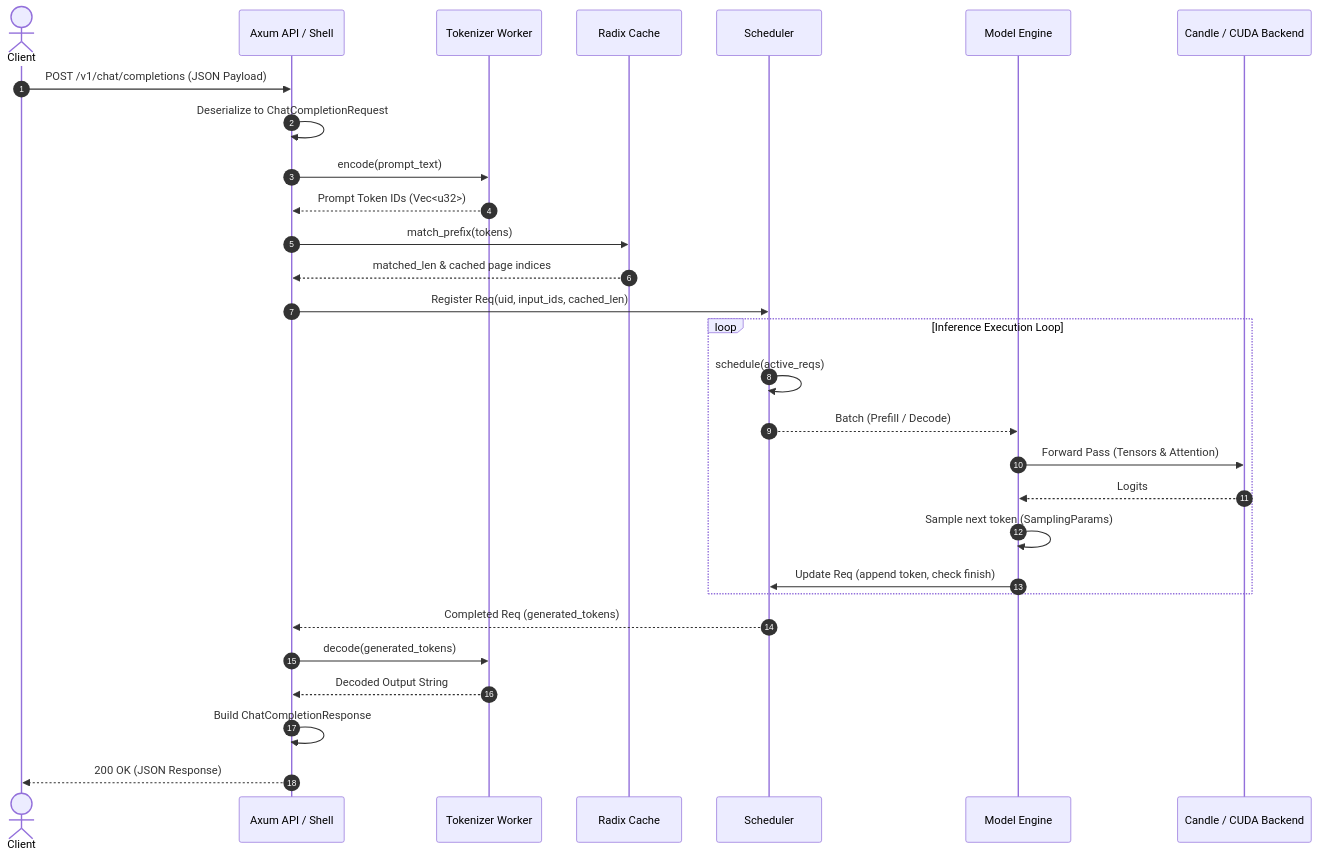
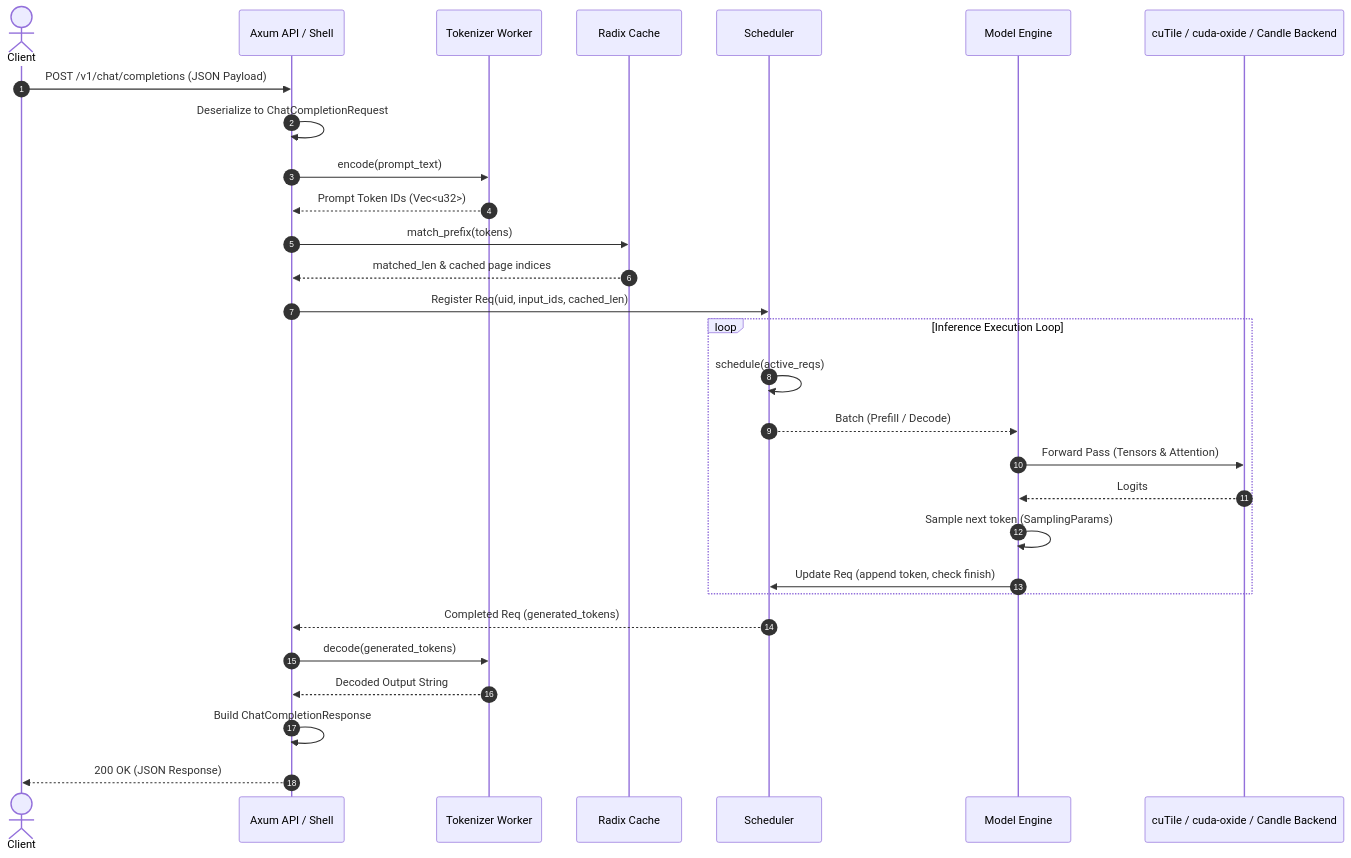
Before and after one commit to Ammar-Alnagar/mini-sglang-rs: the second of 4 diagrams in README.md, drawn with Mermaid. The commit also changed other lines of this file and 29 other files, not shown here.

First line of the commit message:
Integrate cutile and cuda-oxide inference kernels with cudarc and Candle fallbacks (#3)

````diff
--- a/README.md
+++ b/README.md
@@ -60,34 +76,34 @@
 ```mermaid
 sequenceDiagram
     autonumber
     actor Client
     participant Axum as Axum API / Shell
     participant Tokenizer as Tokenizer Worker
     participant Cache as Radix Cache
     participant Scheduler as Scheduler
     participant Engine as Model Engine
-    participant CUDA as Candle / CUDA Backend
+    participant CUDA as cuTile / cuda-oxide / Candle Backend
 
     Client->>Axum: POST /v1/chat/completions (JSON Payload)
     Axum->>Axum: Deserialize to ChatCompletionRequest
     Axum->>Tokenizer: encode(prompt_text)
     Tokenizer-->>Axum: Prompt Token IDs (Vec<u32>)
     Axum->>Cache: match_prefix(tokens)
     Cache-->>Axum: matched_len & cached page indices
     Axum->>Scheduler: Register Req(uid, input_ids, cached_len)
     
     loop Inference Execution Loop
         Scheduler->>Scheduler: schedule(active_reqs)
         Scheduler-->>Engine: Batch (Prefill / Decode)
         Engine->>CUDA: Forward Pass (Tensors & Attention)
         CUDA-->>Engine: Logits
         Engine->>Engine: Sample next token (SamplingParams)
         Engine->>Scheduler: Update Req (append token, check finish)
     end
 
     Scheduler-->>Axum: Completed Req (generated_tokens)
     Axum->>Tokenizer: decode(generated_tokens)
     Tokenizer-->>Axum: Decoded Output String
     Axum->>Axum: Build ChatCompletionResponse
     Axum-->>Client: 200 OK (JSON Response)
 ```
````
